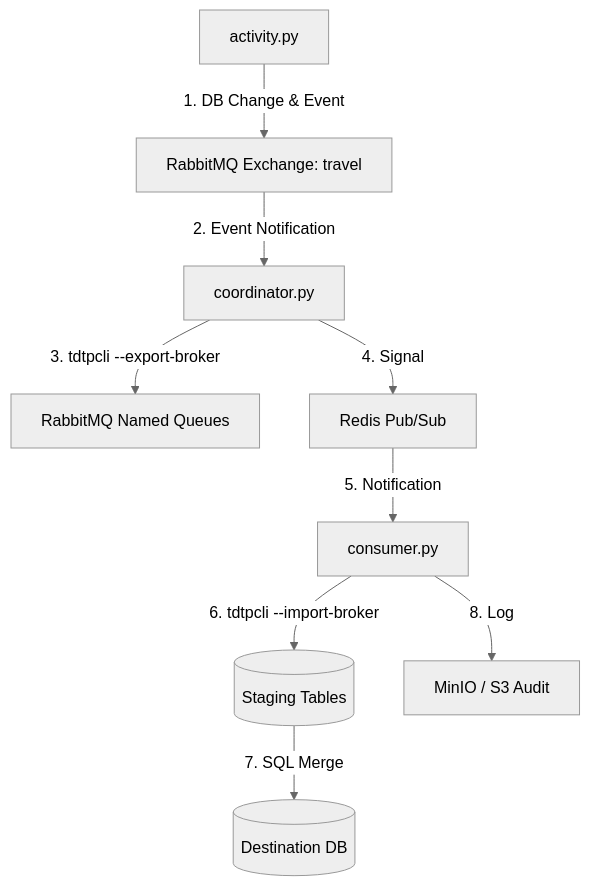
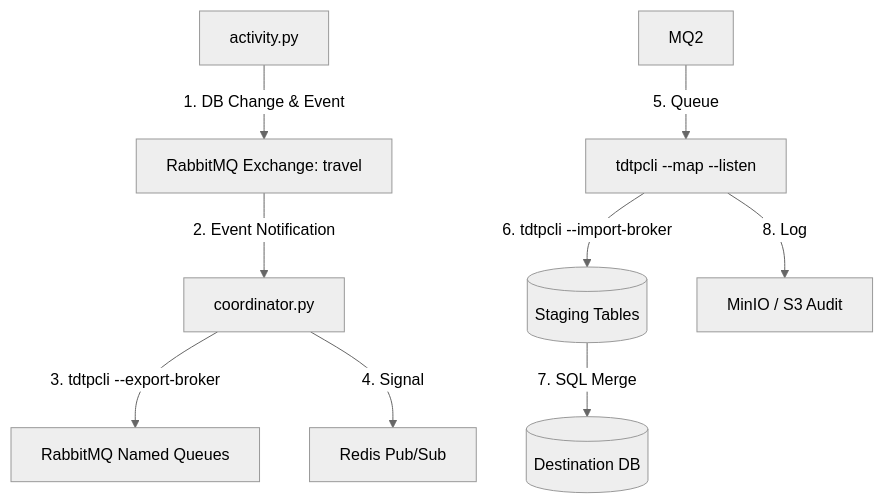
One commit to ruslano69/tdtp-framework changed the diagram in examples/travel-agency/TRAVEL-AGENCY.md. Above: the diagram before and after it, drawn with Mermaid (neutral theme). The commit also changed other lines of this file and 2 other files, not shown here.

First line of the commit message:
refactor(travel-agency): replace consumer.py with tdtpcli listeners

````diff
--- a/examples/travel-agency/TRAVEL-AGENCY.md
+++ b/examples/travel-agency/TRAVEL-AGENCY.md
@@ -21,11 +21,11 @@
 ```mermaid
 graph TD
     A[activity.py] -- "1. DB Change & Event" --> MQ[RabbitMQ Exchange: travel]
     MQ -- "2. Event Notification" --> CO[coordinator.py]
     CO -- "3. tdtpcli --export-broker" --> Q[RabbitMQ Named Queues]
     CO -- "4. Signal" --> R[Redis Pub/Sub]
-    R -- "5. Notification" --> CS[consumer.py]
+    MQ2 -- "5. Queue" --> CS[tdtpcli --map --listen]
     CS -- "6. tdtpcli --import-broker" --> STG[(Staging Tables)]
     STG -- "7. SQL Merge" --> DB[(Destination DB)]
     CS -- "8. Log" --> S3[MinIO / S3 Audit]
 ```
````
